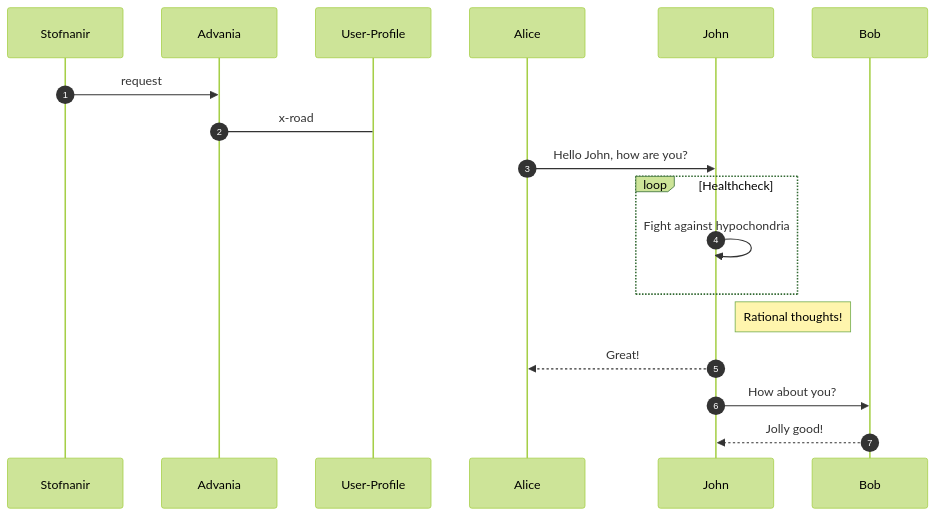
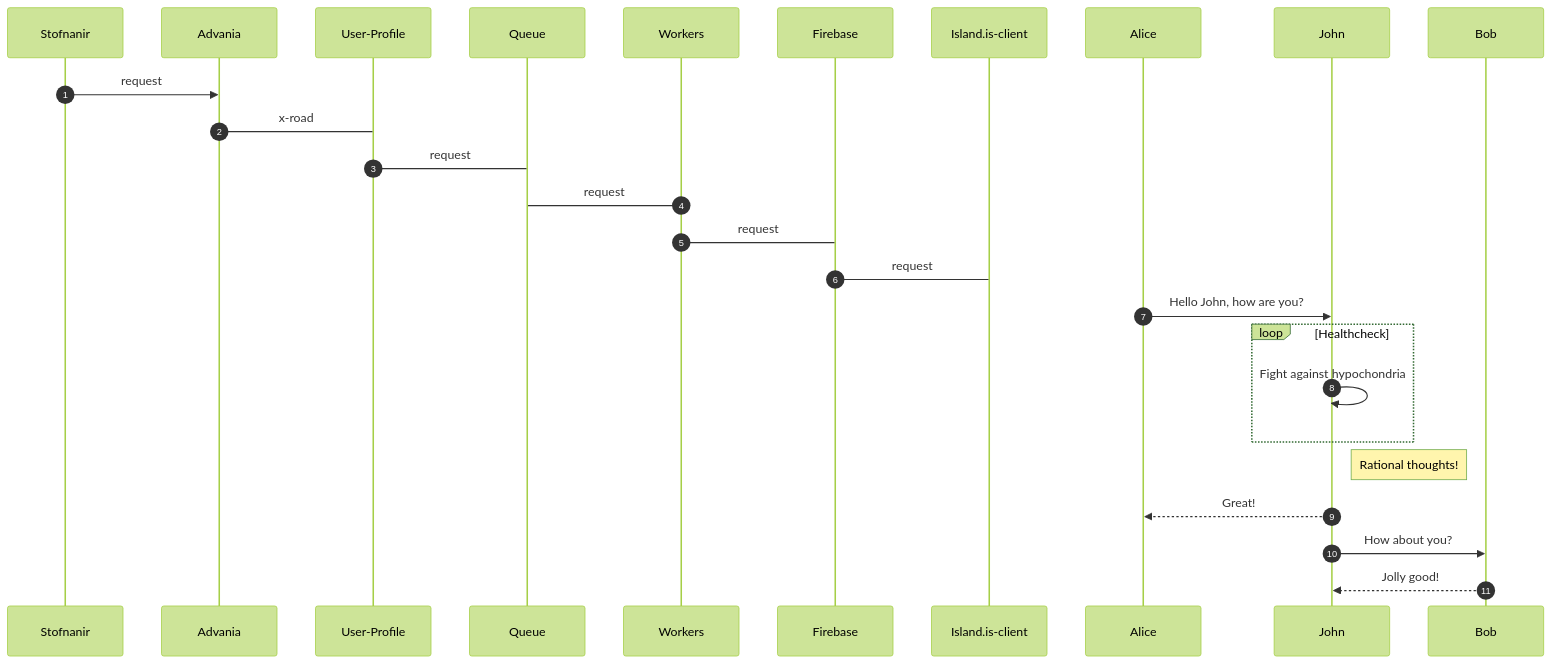
Before and after one commit to rafnarnason/bookish-fiesta: the diagram in hnipp.md, drawn with Mermaid (forest theme).

````diff
--- a/hnipp.md
+++ b/hnipp.md
@@ -1,14 +1,20 @@
 ```mermaid
 sequenceDiagram
     autonumber
     Stofnanir->>Advania:request
     Advania->User-Profile:x-road
+    User-Profile->Queue:request
+    Workers->Queue:request
+    Workers->Firebase:request
+    Firebase->Island.is-client:request
+    
+    
     Alice->>John: Hello John, how are you?
     loop Healthcheck
         John->>John: Fight against hypochondria
     end
     Note right of John: Rational thoughts!
     John-->>Alice: Great!
     John->>Bob: How about you?
     Bob-->>John: Jolly good!
 ```
````
